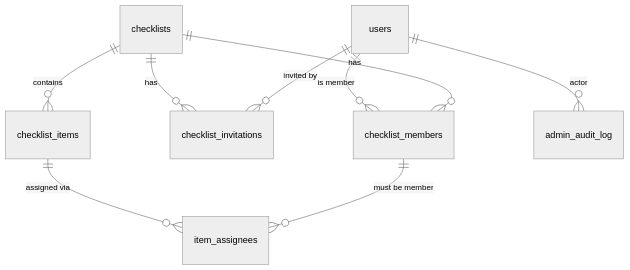
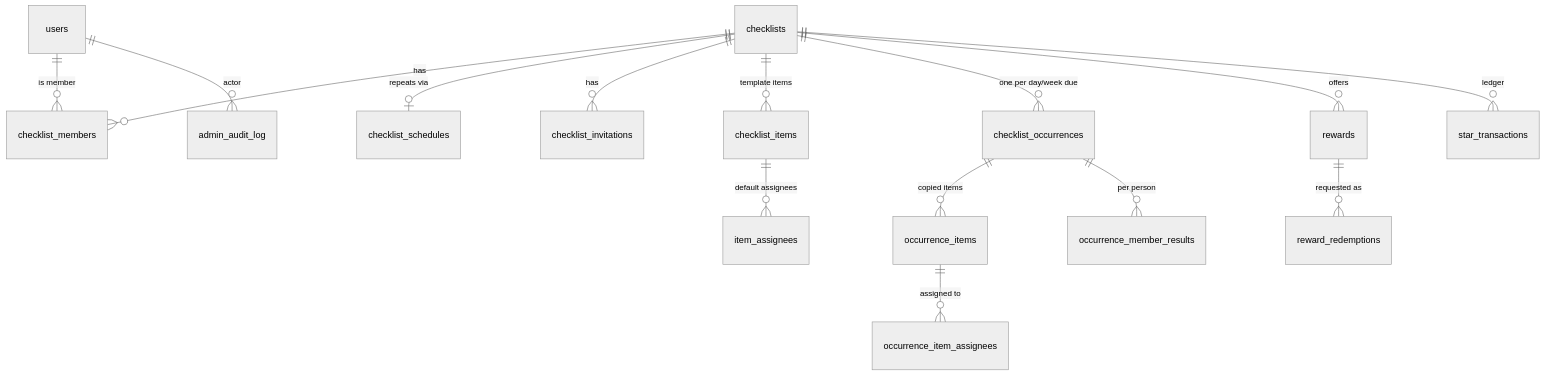
The diagram in docs/PROGRESS.md (munl/MyCheckList), drawn with Mermaid (neutral theme) before and after one commit. The commit also changed other lines of this file and 12 other files, not shown here.

First line of the commit message:
Add repeating lists, stars, streaks and rewards to the schema

````diff
--- a/docs/PROGRESS.md
+++ b/docs/PROGRESS.md
@@ -39,11 +70,17 @@
 ```mermaid
 erDiagram
     users ||--o{ checklist_members : "is member"
     checklists ||--o{ checklist_members : has
+    checklists ||--o| checklist_schedules : "repeats via"
     checklists ||--o{ checklist_invitations : has
-    users ||--o{ checklist_invitations : "invited by"
-    checklists ||--o{ checklist_items : contains
-    checklist_items ||--o{ item_assignees : "assigned via"
-    checklist_members ||--o{ item_assignees : "must be member"
+    checklists ||--o{ checklist_items : "template items"
+    checklist_items ||--o{ item_assignees : "default assignees"
+    checklists ||--o{ checklist_occurrences : "one per day/week due"
+    checklist_occurrences ||--o{ occurrence_items : "copied items"
+    occurrence_items ||--o{ occurrence_item_assignees : "assigned to"
+    checklist_occurrences ||--o{ occurrence_member_results : "per person"
+    checklists ||--o{ rewards : offers
+    rewards ||--o{ reward_redemptions : "requested as"
+    checklists ||--o{ star_transactions : ledger
     users ||--o{ admin_audit_log : actor
 ```
````
